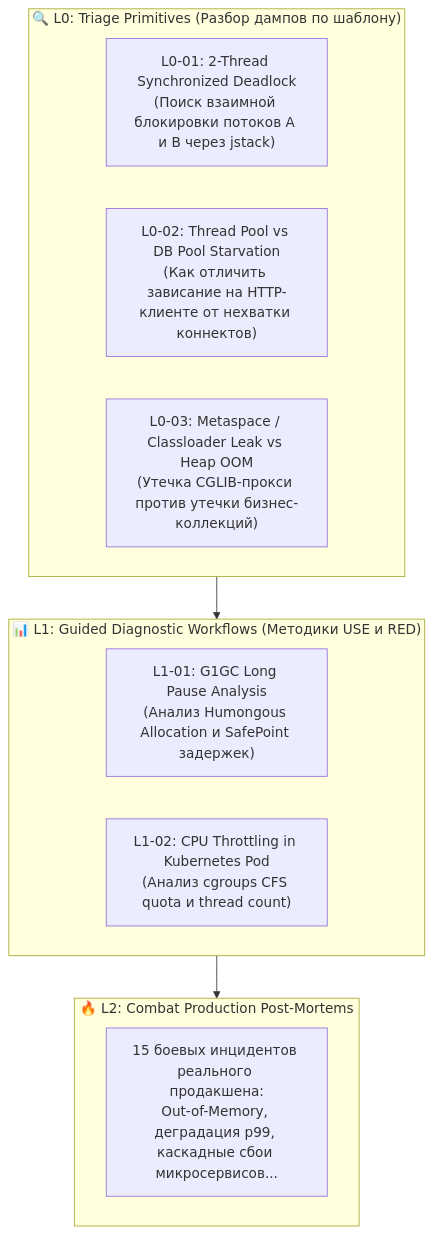
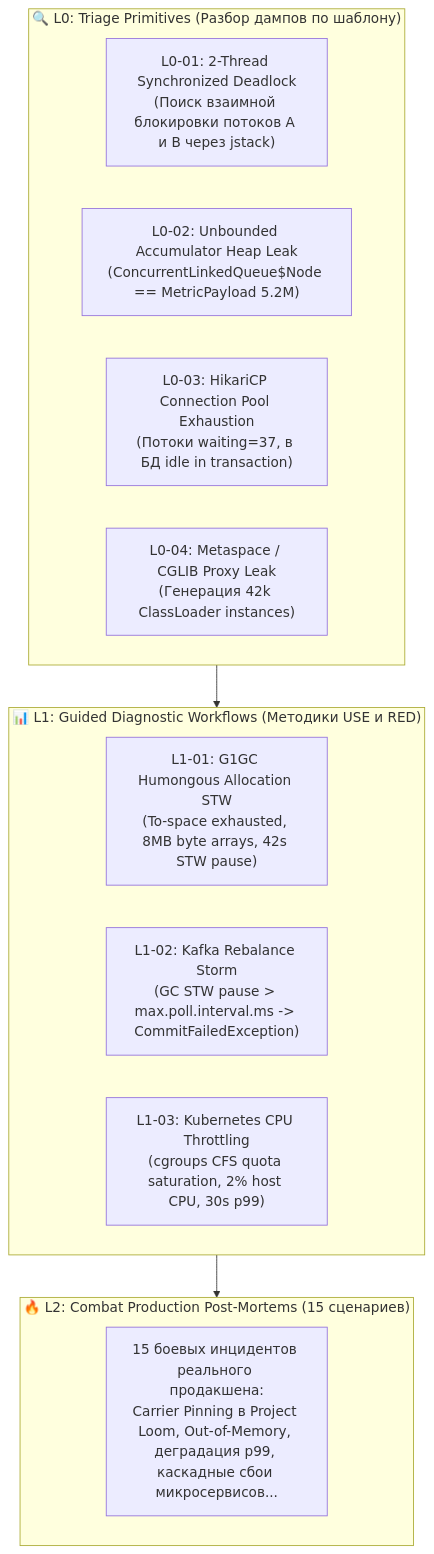
The diagram in docs/roadmap/phase_10_production_incident_triage_scaffolding.md (iliaIz/interview_tutor), drawn with Mermaid before and after one commit. The commit also changed other lines of this file and 7 other files, not shown here.

````diff
--- a/docs/roadmap/phase_10_production_incident_triage_scaffolding.md
+++ b/docs/roadmap/phase_10_production_incident_triage_scaffolding.md
@@ -22,19 +22,21 @@
 ```mermaid
 graph TD
     subgraph L0 ["🔍 L0: Triage Primitives (Разбор дампов по шаблону)"]
         TR01["L0-01: 2-Thread Synchronized Deadlock\n(Поиск взаимной блокировки потоков A и B через jstack)"]
-        TR02["L0-02: Thread Pool vs DB Pool Starvation\n(Как отличить зависание на HTTP-клиенте от нехватки коннектов)"]
-        TR03["L0-03: Metaspace / Classloader Leak vs Heap OOM\n(Утечка CGLIB-прокси против утечки бизнес-коллекций)"]
+        TR02["L0-02: Unbounded Accumulator Heap Leak\n(ConcurrentLinkedQueue$Node == MetricPayload 5.2M)"]
+        TR03["L0-03: HikariCP Connection Pool Exhaustion\n(Потоки waiting=37, в БД idle in transaction)"]
+        TR04["L0-04: Metaspace / CGLIB Proxy Leak\n(Генерация 42k ClassLoader instances)"]
     end
 
     subgraph L1 ["📊 L1: Guided Diagnostic Workflows (Методики USE и RED)"]
-        TR04["L1-01: G1GC Long Pause Analysis\n(Анализ Humongous Allocation и SafePoint задержек)"]
-        TR05["L1-02: CPU Throttling in Kubernetes Pod\n(Анализ cgroups CFS quota и thread count)"]
+        TR05["L1-01: G1GC Humongous Allocation STW\n(To-space exhausted, 8MB byte arrays, 42s STW pause)"]
+        TR06["L1-02: Kafka Rebalance Storm\n(GC STW pause > max.poll.interval.ms -> CommitFailedException)"]
+        TR07["L1-03: Kubernetes CPU Throttling\n(cgroups CFS quota saturation, 2% host CPU, 30s p99)"]
     end
 
-    subgraph L2 ["🔥 L2: Combat Production Post-Mortems"]
-        TR06["15 боевых инцидентов реального продакшена:\nOut-of-Memory, деградация p99, каскадные сбои микросервисов..."]
+    subgraph L2 ["🔥 L2: Combat Production Post-Mortems (15 сценариев)"]
+        TR08["15 боевых инцидентов реального продакшена:\nCarrier Pinning в Project Loom, Out-of-Memory, деградация p99, каскадные сбои микросервисов..."]
     end
 
     L0 --> L1 --> L2
 ```
````
